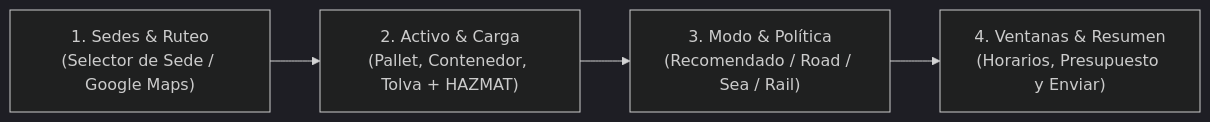
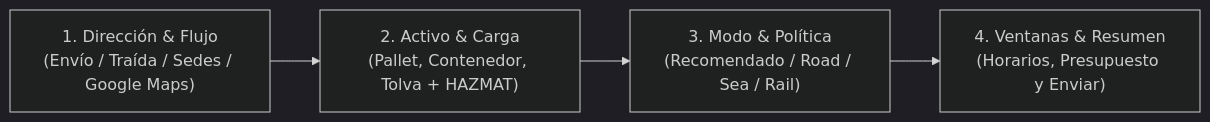
One commit to Chujutak2024/cargomesh changed the fourth of 4 diagrams in docs/architecture-v2/CARGOMESH_V2_EVOLUTION_BLUEPRINT.md. Above: the diagram before and after it, drawn with Mermaid (dark theme). The commit also changed other lines of this file, not shown here.

Commit message:
docs(blueprint): add Inbound/Outbound flows, inDrive ranking, 4PL consortium, and dynamic pricing

````diff
--- a/docs/architecture-v2/CARGOMESH_V2_EVOLUTION_BLUEPRINT.md
+++ b/docs/architecture-v2/CARGOMESH_V2_EVOLUTION_BLUEPRINT.md
@@ -287,6 +323,6 @@
 ```mermaid
 graph LR
-    P1["1. Sedes & Ruteo<br>(Selector de Sede / Google Maps)"] --> P2["2. Activo & Carga<br>(Pallet, Contenedor, Tolva + HAZMAT)"]
+    P1["1. Dirección & Flujo<br>(Envío / Traída / Sedes / Google Maps)"] --> P2["2. Activo & Carga<br>(Pallet, Contenedor, Tolva + HAZMAT)"]
     P2 --> P3["3. Modo & Política<br>(Recomendado / Road / Sea / Rail)"]
     P3 --> P4["4. Ventanas & Resumen<br>(Horarios, Presupuesto y Enviar)"]
 ```
````
